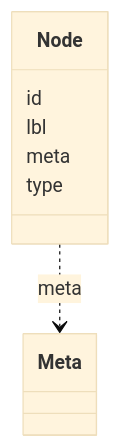
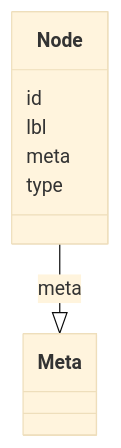
The diagram in obograph/Node.md (INCATools/ontology-access-kit), drawn with Mermaid (base theme) before and after one commit. The commit also changed other lines of this file and 3011 other files, not shown here.

````diff
--- a/obograph/Node.md
+++ b/obograph/Node.md
@@ -11,15 +14,15 @@
 ```{mermaid}
  classDiagram
     class Node
       Node : id
         
       Node : lbl
         
       Node : meta
         
-          Node ..> Meta : meta
+          Node --|> Meta : meta
         
       Node : type
         
       
 ```
````
